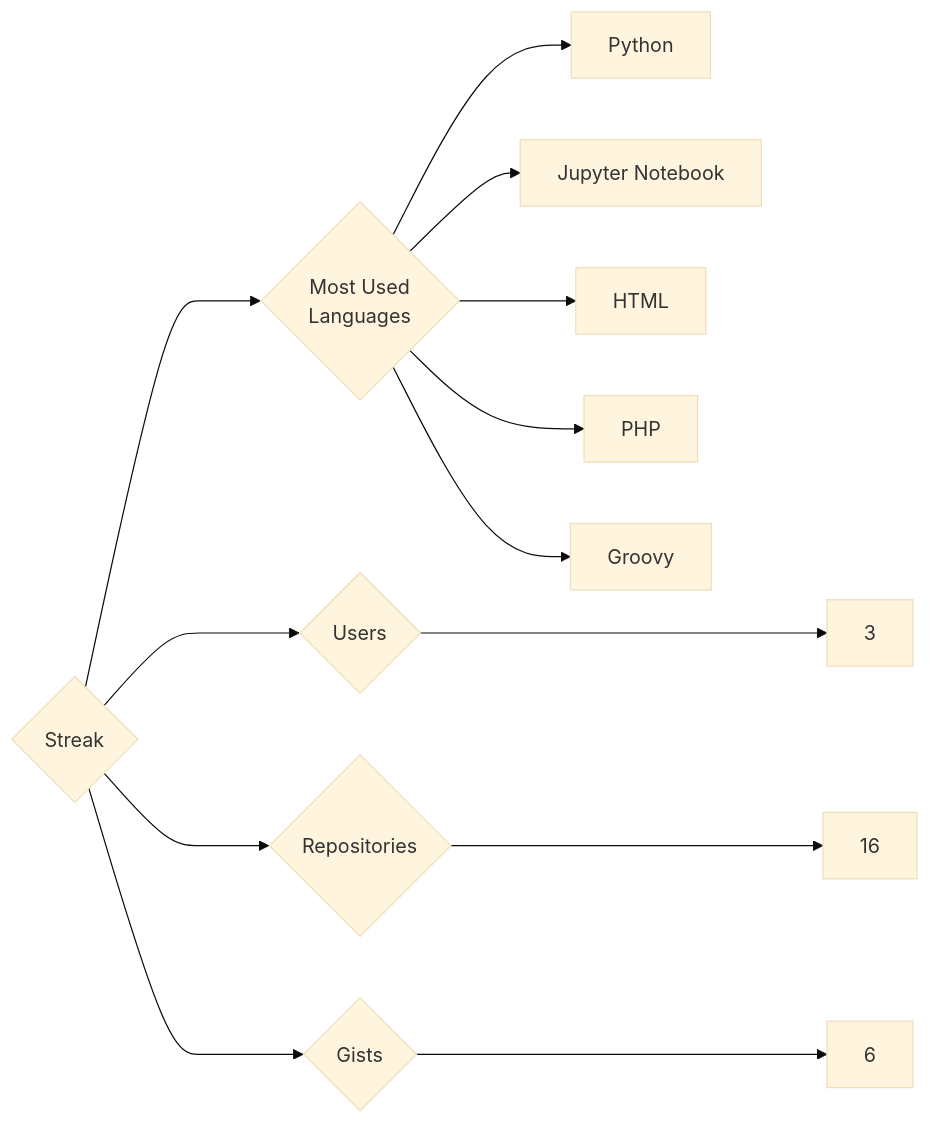
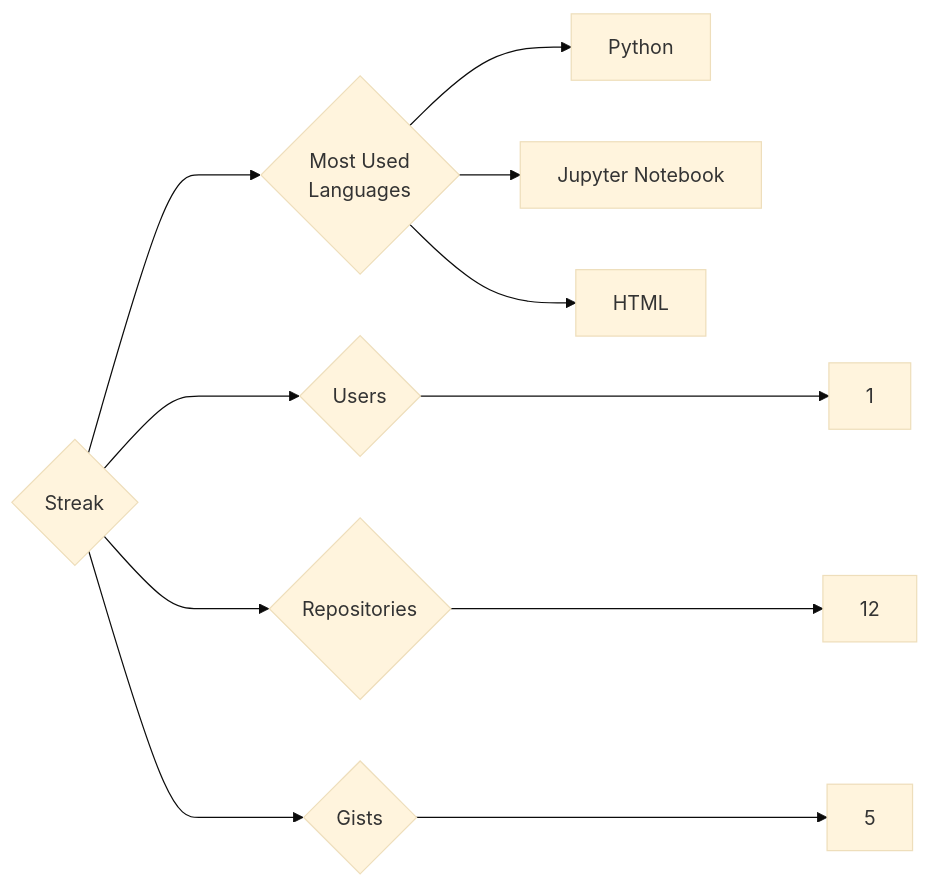
Before and after one commit to trickest/insiders: the diagram in targets/Streak/README.md, drawn with Mermaid (base theme). The commit also changed 912 other files, not shown here.

````diff
--- a/targets/Streak/README.md
+++ b/targets/Streak/README.md
@@ -3,13 +3,11 @@
 ```mermaid
 graph LR
 COMPANY_NAME{Streak}
-COMPANY_NAME ---> U{Users} ---> UN[3]
-COMPANY_NAME ---> R{Repositories} ---> RN[16]
-COMPANY_NAME ---> G{Gists} ---> GN[6]
+COMPANY_NAME ---> U{Users} ---> UN[1]
+COMPANY_NAME ---> R{Repositories} ---> RN[12]
+COMPANY_NAME ---> G{Gists} ---> GN[5]
 COMPANY_NAME ---> ML{Most Used<br>Languages}
 ML --> Python[Python]
 ML --> Jupyter_Notebook[Jupyter Notebook]
 ML --> HTML[HTML]
-ML --> PHP[PHP]
-ML --> Groovy[Groovy]
 ```
````
